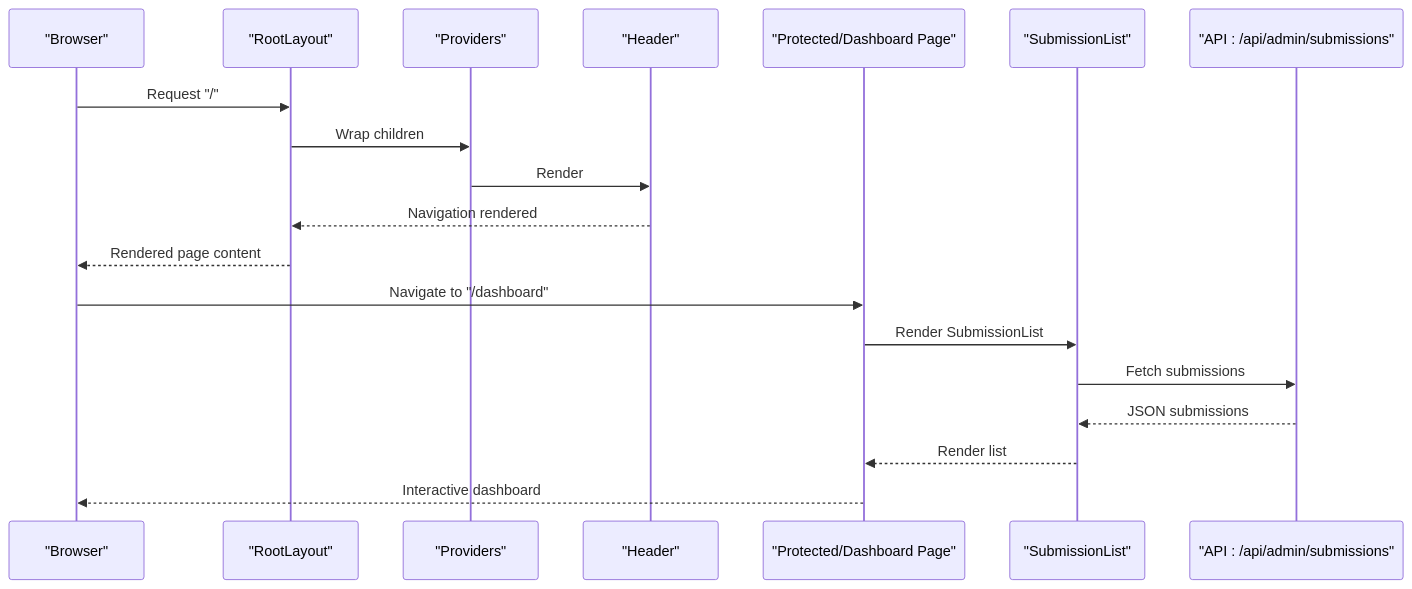
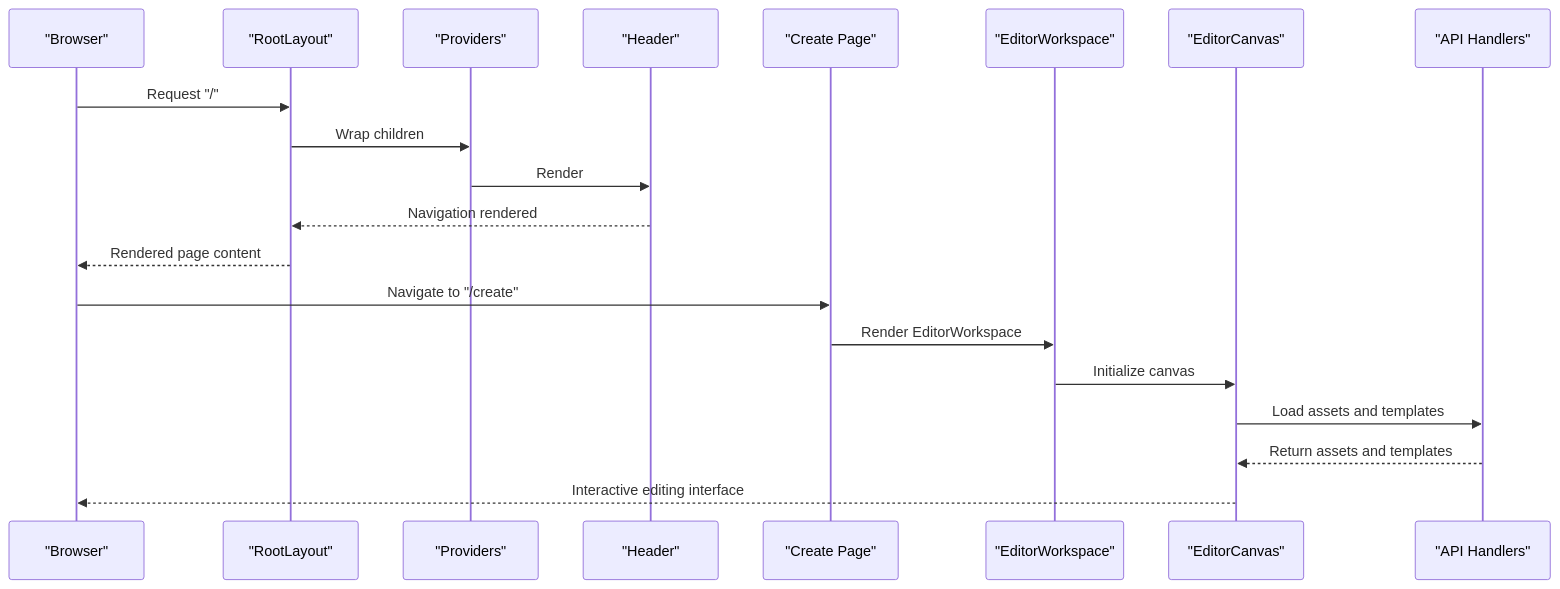
Before and after one commit to Crowdspender/titchybooks-app: the second of 16 diagrams in .qoder/repowiki/en/content/Architecture Overview/Frontend Architecture.md, drawn with Mermaid. The commit also changed other lines of this file and 62 other files, not shown here.

````diff
--- a/.qoder/repowiki/en/content/Architecture Overview/Frontend Architecture.md
+++ b/.qoder/repowiki/en/content/Architecture Overview/Frontend Architecture.md
@@ -96,21 +127,22 @@
 ```mermaid
 sequenceDiagram
 participant Browser as "Browser"
 participant Layout as "RootLayout"
 participant Providers as "Providers"
 participant Header as "Header"
-participant Page as "Protected/Dashboard Page"
-participant Comp as "SubmissionList"
-participant API as "API : /api/admin/submissions"
+participant CreatePage as "Create Page"
+participant EditorWorkspace as "EditorWorkspace"
+participant EditorCanvas as "EditorCanvas"
+participant API as "API Handlers"
 Browser->>Layout : Request "/"
 Layout->>Providers : Wrap children
 Providers->>Header : Render
 Header-->>Layout : Navigation rendered
 Layout-->>Browser : Rendered page content
-Browser->>Page : Navigate to "/dashboard"
-Page->>Comp : Render SubmissionList
-Comp->>API : Fetch submissions
-API-->>Comp : JSON submissions
-Comp-->>Page : Render list
-Page-->>Browser : Interactive dashboard
+Browser->>CreatePage : Navigate to "/create"
+CreatePage->>EditorWorkspace : Render EditorWorkspace
+EditorWorkspace->>EditorCanvas : Initialize canvas
+EditorCanvas->>API : Load assets and templates
+API-->>EditorCanvas : Return assets and templates
+EditorCanvas-->>Browser : Interactive editing interface
 ```
````
